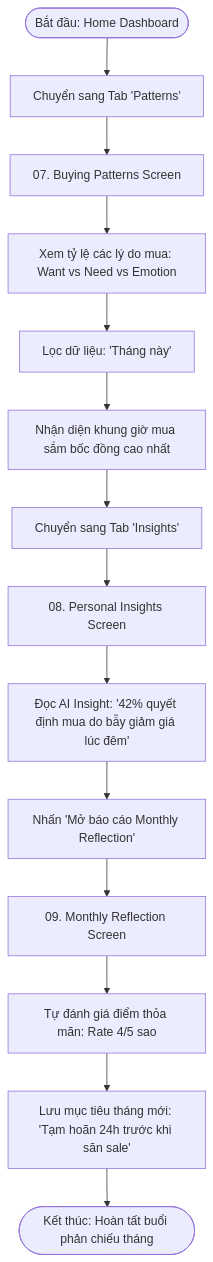
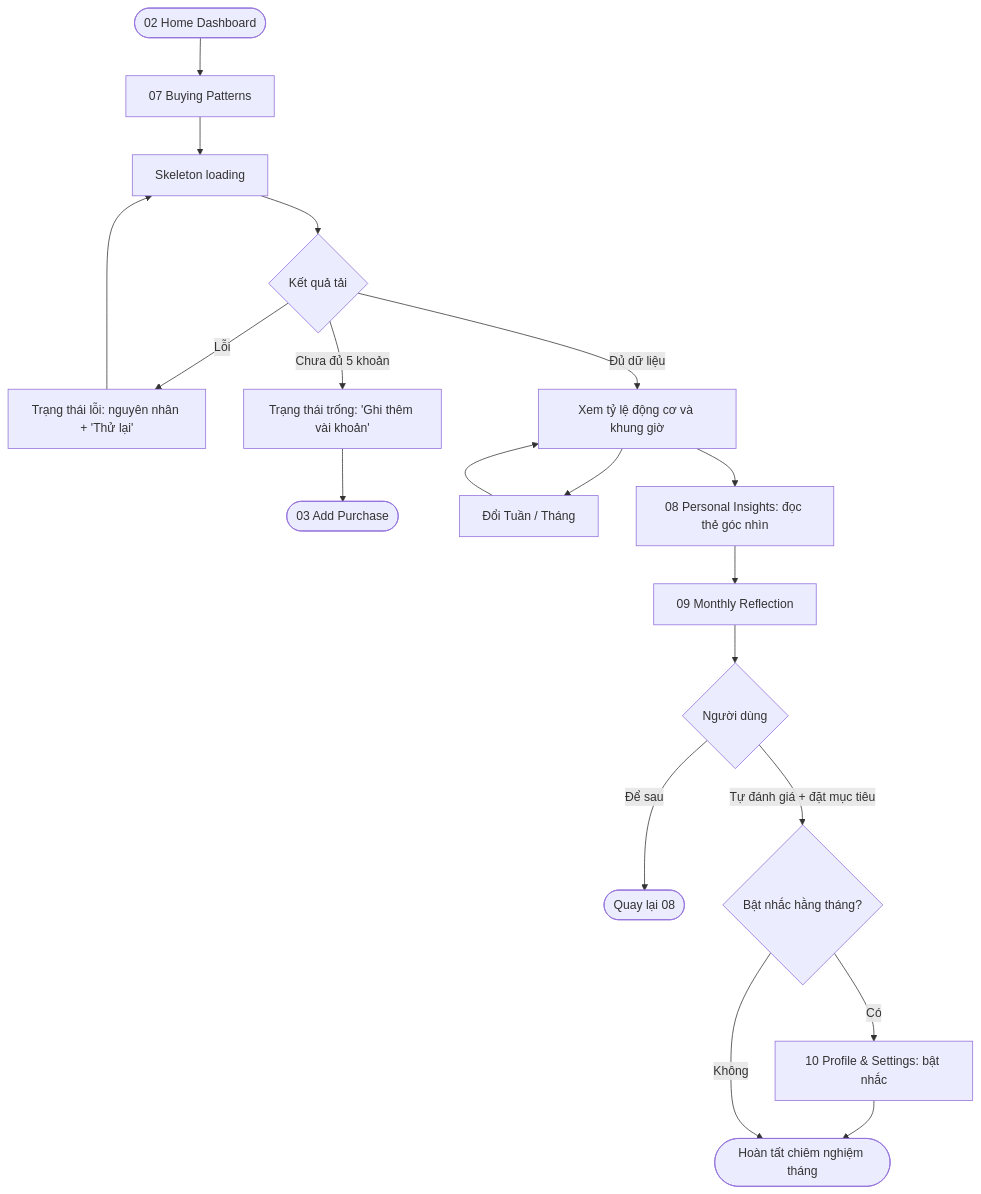
Before and after one commit to hoanghuan2005/prm393_lab02: the third of 4 diagrams in ux/user-flow.md, drawn with Mermaid. The commit also changed other lines of this file, not shown here.

Commit message:
Add information architecture and user flows

````diff
--- a/ux/user-flow.md
+++ b/ux/user-flow.md
@@ -94,19 +77,17 @@
 ```mermaid
 flowchart TD
-    Start([Bắt đầu: Home Dashboard]) --> ClickPatterns[Chuyển sang Tab 'Patterns']
-    ClickPatterns --> ScreenPatterns[07. Buying Patterns Screen]
-    ScreenPatterns --> ViewBreakdown[Xem tỷ lệ các lý do mua: Want vs Need vs Emotion]
-    ViewBreakdown --> FilterTime[Lọc dữ liệu: 'Tháng này']
-    
-    FilterTime --> CheckTrigger[Nhận diện khung giờ mua sắm bốc đồng cao nhất]
-    CheckTrigger --> ClickInsights[Chuyển sang Tab 'Insights']
-    ClickInsights --> ScreenInsights[08. Personal Insights Screen]
-    
-    ScreenInsights --> ReadCard[Đọc AI Insight: '42% quyết định mua do bẫy giảm giá lúc đêm']
-    ReadCard --> ClickReflection[Nhấn 'Mở báo cáo Monthly Reflection']
-    ClickReflection --> ScreenReflection[09. Monthly Reflection Screen]
-    
-    ScreenReflection --> SelfScore[Tự đánh giá điểm thỏa mãn: Rate 4/5 sao]
-    SelfScore --> ActionPlan[Lưu mục tiêu tháng mới: 'Tạm hoãn 24h trước khi săn sale']
-    ActionPlan --> Finish([Kết thúc: Hoàn tất buổi phản chiếu tháng])
+    Start([02 Home Dashboard]) --> S07[07 Buying Patterns]
+    S07 --> Load[Skeleton loading]
+    Load --> Res{Kết quả tải}
+    Res -->|Lỗi| Error[Trạng thái lỗi: nguyên nhân + 'Thử lại'] --> Load
+    Res -->|Chưa đủ 5 khoản| Empty[Trạng thái trống: 'Ghi thêm vài khoản'] --> Go03([03 Add Purchase])
+    Res -->|Đủ dữ liệu| View[Xem tỷ lệ động cơ và khung giờ]
+    View --> Period[Đổi Tuần / Tháng] --> View
+    View --> S08[08 Personal Insights: đọc thẻ góc nhìn]
+    S08 --> S09[09 Monthly Reflection]
+    S09 --> Act{Người dùng}
+    Act -->|Để sau| Back08([Quay lại 08])
+    Act -->|Tự đánh giá + đặt mục tiêu| Remind{Bật nhắc hằng tháng?}
+    Remind -->|Có| S10[10 Profile & Settings: bật nhắc] --> End
+    Remind -->|Không| End([Hoàn tất chiêm nghiệm tháng])
 ```
````
